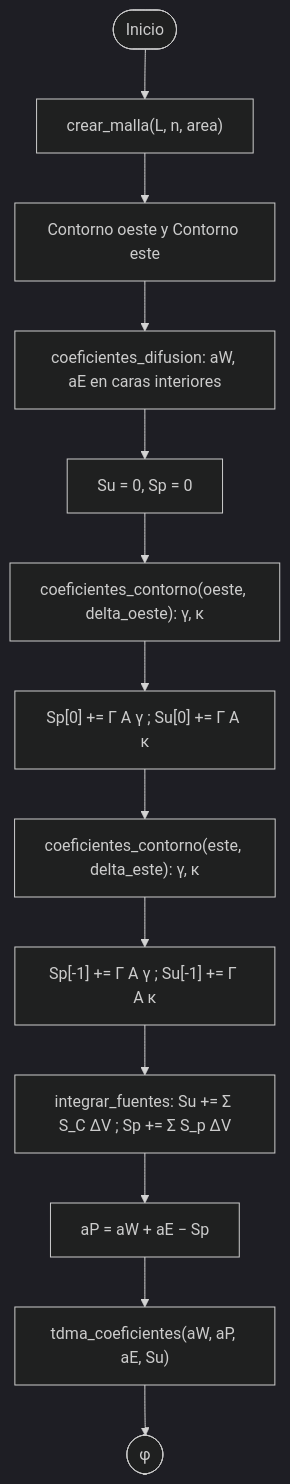
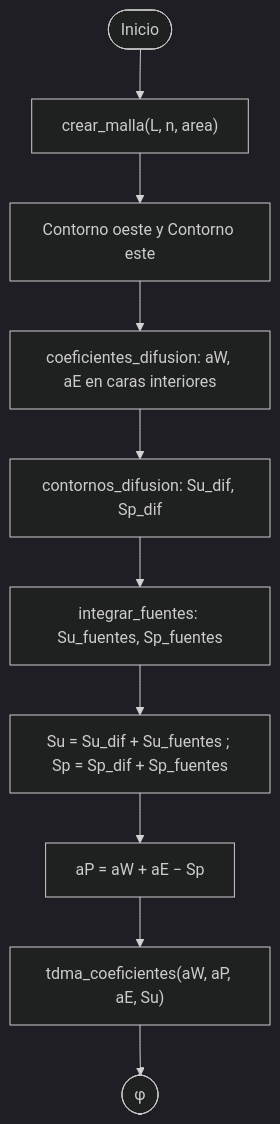
One commit to nicovarelaboo/versteeg-fvm changed the second of 3 diagrams in docs/diseno.md. Above: the diagram before and after it, drawn with Mermaid (dark theme). The commit also changed other lines of this file and 2 other files, not shown here.

Commit message:
refactor(fvm): mueve los contornos de la difusión a difusion.py

````diff
--- a/docs/diseno.md
+++ b/docs/diseno.md
@@ -108,15 +111,12 @@
 ```mermaid
 flowchart TD
     A(["Inicio"]) --> B["crear_malla(L, n, area)"]
     B --> C["Contorno oeste y Contorno este"]
     C --> D["coeficientes_difusion: aW, aE en caras interiores"]
-    D --> E["Su = 0, Sp = 0"]
-    E --> F["coeficientes_contorno(oeste, delta_oeste): γ, κ"]
-    F --> G["Sp[0] += Γ A γ ; Su[0] += Γ A κ"]
-    G --> H["coeficientes_contorno(este, delta_este): γ, κ"]
-    H --> I["Sp[-1] += Γ A γ ; Su[-1] += Γ A κ"]
-    I --> IF["integrar_fuentes: Su += Σ S_C ΔV ; Sp += Σ S_p ΔV"]
-    IF --> J["aP = aW + aE − Sp"]
-    J --> K["tdma_coeficientes(aW, aP, aE, Su)"]
-    K --> L(["φ"])
+    D --> E["contornos_difusion: Su_dif, Sp_dif"]
+    E --> F["integrar_fuentes: Su_fuentes, Sp_fuentes"]
+    F --> G["Su = Su_dif + Su_fuentes ; Sp = Sp_dif + Sp_fuentes"]
+    G --> H["aP = aW + aE − Sp"]
+    H --> I["tdma_coeficientes(aW, aP, aE, Su)"]
+    I --> J(["φ"])
 ```
````
